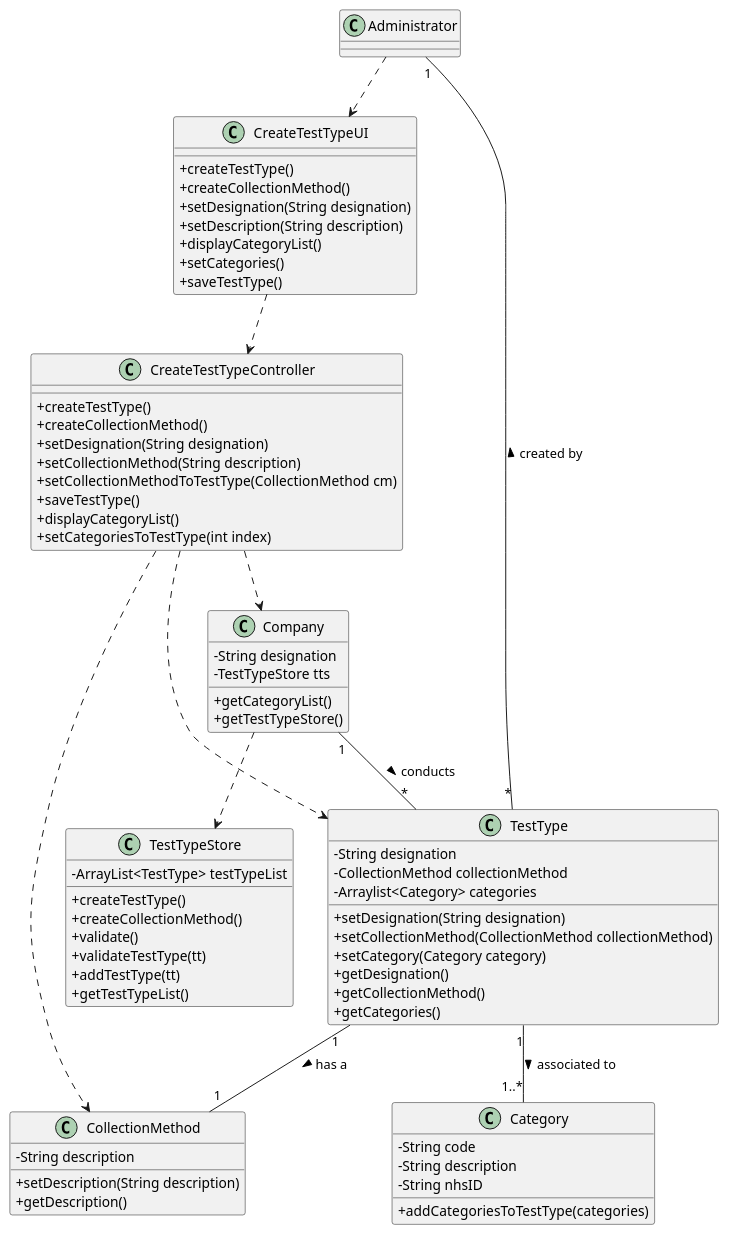
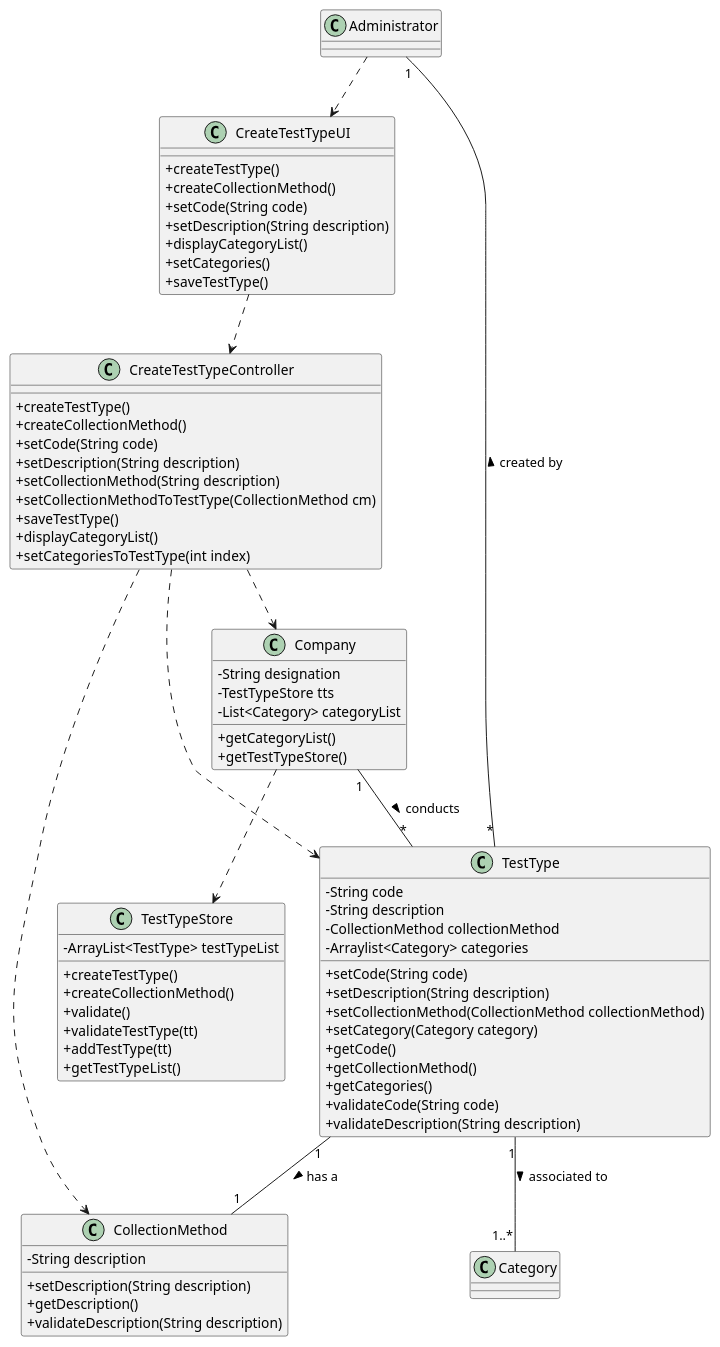
The diagram in docs/SprintB/US9/US9_CD.puml (MadDinosaur/ISEP-LAPR2), drawn with PlantUML before and after one commit. The commit also changed 12 other files, not shown here.

```diff
--- a/docs/SprintB/US9/US9_CD.puml
+++ b/docs/SprintB/US9/US9_CD.puml
@@ -1,76 +1,80 @@
 @startuml
 
 skinparam classAttributeIconSize 0
 
 class Administrator
 class CreateTestTypeUI {
 +createTestType()
 +createCollectionMethod()
-+setDesignation(String designation)
++setCode(String code)
 +setDescription(String description)
 +displayCategoryList()
 +setCategories()
 +saveTestType()
 }
+
 class CreateTestTypeController {
 +createTestType()
 +createCollectionMethod()
-+setDesignation(String designation)
++setCode(String code)
++setDescription(String description)
 +setCollectionMethod(String description)
 +setCollectionMethodToTestType(CollectionMethod cm)
 +saveTestType()
 +displayCategoryList()
 +setCategoriesToTestType(int index)
 }
+
 class CollectionMethod {
 -String description
 +setDescription(String description)
 +getDescription()
++validateDescription(String description)
+}
 
-}
 class TestType {
--String designation
+-String code
+-String description
 -CollectionMethod collectionMethod
 -Arraylist<Category> categories
-+setDesignation(String designation)
++setCode(String code)
++setDescription(String description)
 +setCollectionMethod(CollectionMethod collectionMethod)
 +setCategory(Category category)
-+getDesignation()
++getCode()
 +getCollectionMethod()
 +getCategories()
++validateCode(String code)
++validateDescription(String description)
 }
-class Category {
--String code
--String description
--String nhsID
-+addCategoriesToTestType(categories)
-}
+
 class Company {
 -String designation
 -TestTypeStore tts
+-List<Category> categoryList
 +getCategoryList()
 +getTestTypeStore()
 }
 
 class TestTypeStore {
 -ArrayList<TestType> testTypeList
 +createTestType()
 +createCollectionMethod()
 +validate()
 +validateTestType(tt)
 +addTestType(tt)
 +getTestTypeList()
 }
 
 Administrator ..> CreateTestTypeUI
 CreateTestTypeUI ..> CreateTestTypeController
 TestType "*"-up-"1" Administrator : created by >
 Category "1..*"-up-"1" TestType  : associated to <
 TestType "1"--"1" CollectionMethod : has a  >
 Company "1"-down-"*" TestType : conducts >
 CreateTestTypeController ..> Company
 CreateTestTypeController ..> TestType
 CreateTestTypeController ..> CollectionMethod
 Company ..> TestTypeStore
 
 @enduml
```
